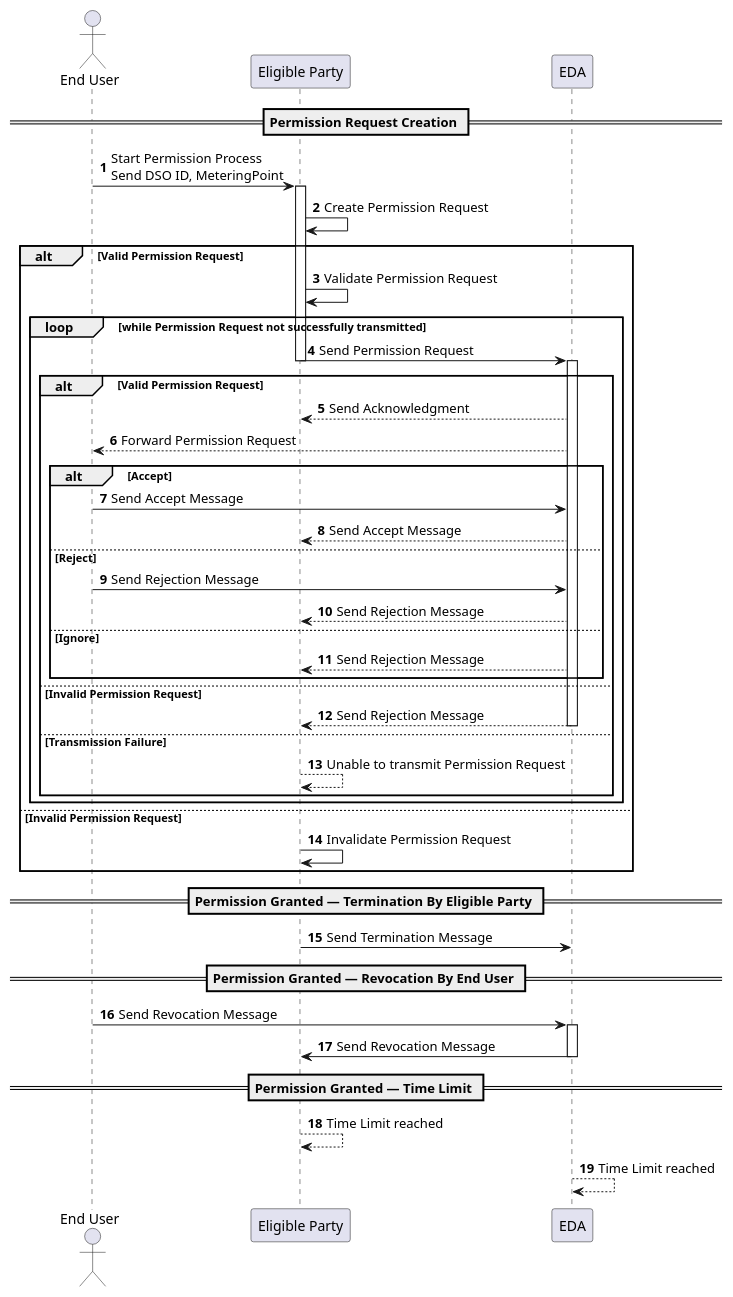
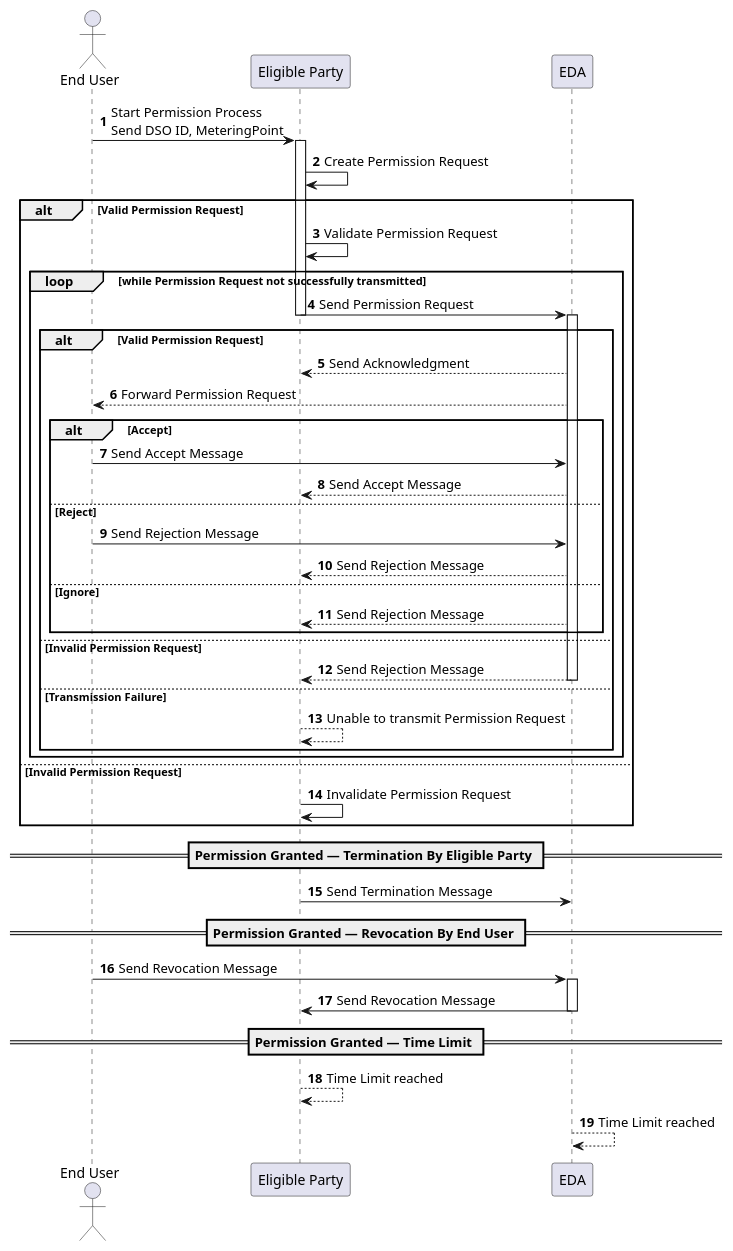
One commit to fweingartshofer/mc-sw-paper changed the diagram in src/assets/eda/cm-process-seq.puml. Above: the diagram before and after it, drawn with PlantUML. The commit also changed 3 other files, not shown here.

Commit message:
Rework diagrams and description

```diff
--- a/src/assets/eda/cm-process-seq.puml
+++ b/src/assets/eda/cm-process-seq.puml
@@ -1,49 +1,48 @@
 @startuml
 autonumber
 actor user as "End User"
 participant ep as "Eligible Party"
 participant eda as "EDA"
-== Permission Request Creation ==
 user -> ep++ : Start Permission Process\nSend DSO ID, MeteringPoint
 ep -> ep : Create Permission Request
 alt Valid Permission Request
   ep -> ep : Validate Permission Request
   loop while Permission Request not successfully transmitted
 
     ep -> eda--++ : Send Permission Request
     alt Valid Permission Request
       eda --> ep : Send Acknowledgment
       eda --> user : Forward Permission Request
       alt Accept
         user -> eda : Send Accept Message
         eda --> ep : Send Accept Message
       else Reject
         user -> eda : Send Rejection Message
         eda --> ep : Send Rejection Message
       else Ignore
         eda --> ep : Send Rejection Message
       end
     else Invalid Permission Request
       eda --> ep-- : Send Rejection Message
     else Transmission Failure
       ep --> ep : Unable to transmit Permission Request
     end
 
   end
 else Invalid Permission Request
   ep -> ep : Invalidate Permission Request
 end
 
 == Permission Granted — Termination By Eligible Party ==
 ep -> eda : Send Termination Message
 
 == Permission Granted — Revocation By End User ==
 user -> eda++  : Send Revocation Message
 eda -> ep-- : Send Revocation Message
 
 == Permission Granted — Time Limit ==
 ep --> ep : Time Limit reached
 eda --> eda : Time Limit reached
 
 
 @enduml
```
